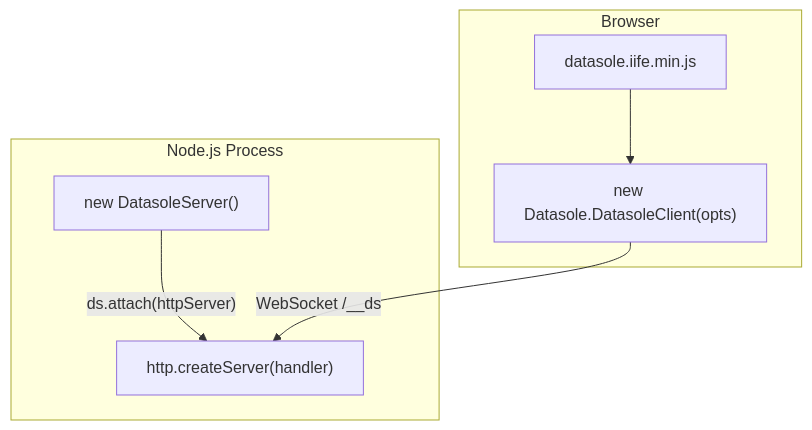
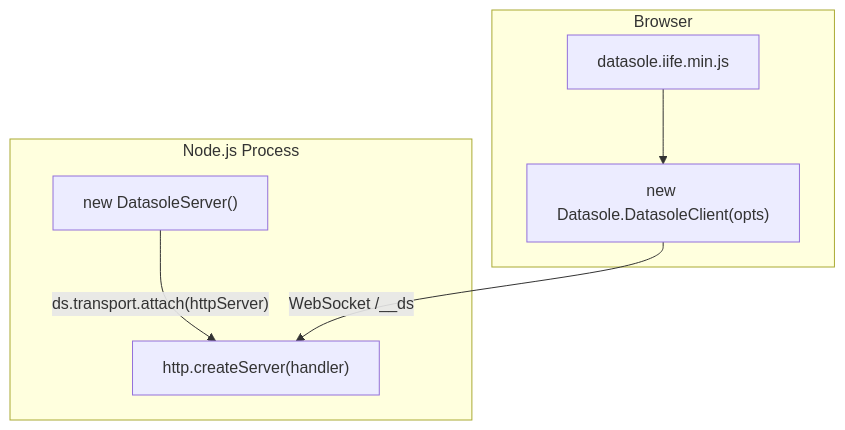
The second of 4 diagrams in docs/demos.md (mayanklahiri/datasole), drawn with Mermaid before and after one commit. The commit also changed other lines of this file and 45 other files, not shown here.

````diff
--- a/docs/demos.md
+++ b/docs/demos.md
@@ -105,14 +105,14 @@
 ```mermaid
 flowchart TB
   subgraph vanillaServer [Node.js Process]
     httpCreate["http.createServer(handler)"]
     dsServer["new DatasoleServer()"]
-    dsServer -->|"ds.attach(httpServer)"| httpCreate
+    dsServer -->|"ds.transport.attach(httpServer)"| httpCreate
   end
   subgraph vanillaBrowser [Browser]
     iife["datasole.iife.min.js"]
     dsClient["new Datasole.DatasoleClient(opts)"]
     iife --> dsClient
     dsClient -->|"WebSocket /__ds"| httpCreate
   end
 ```
````
